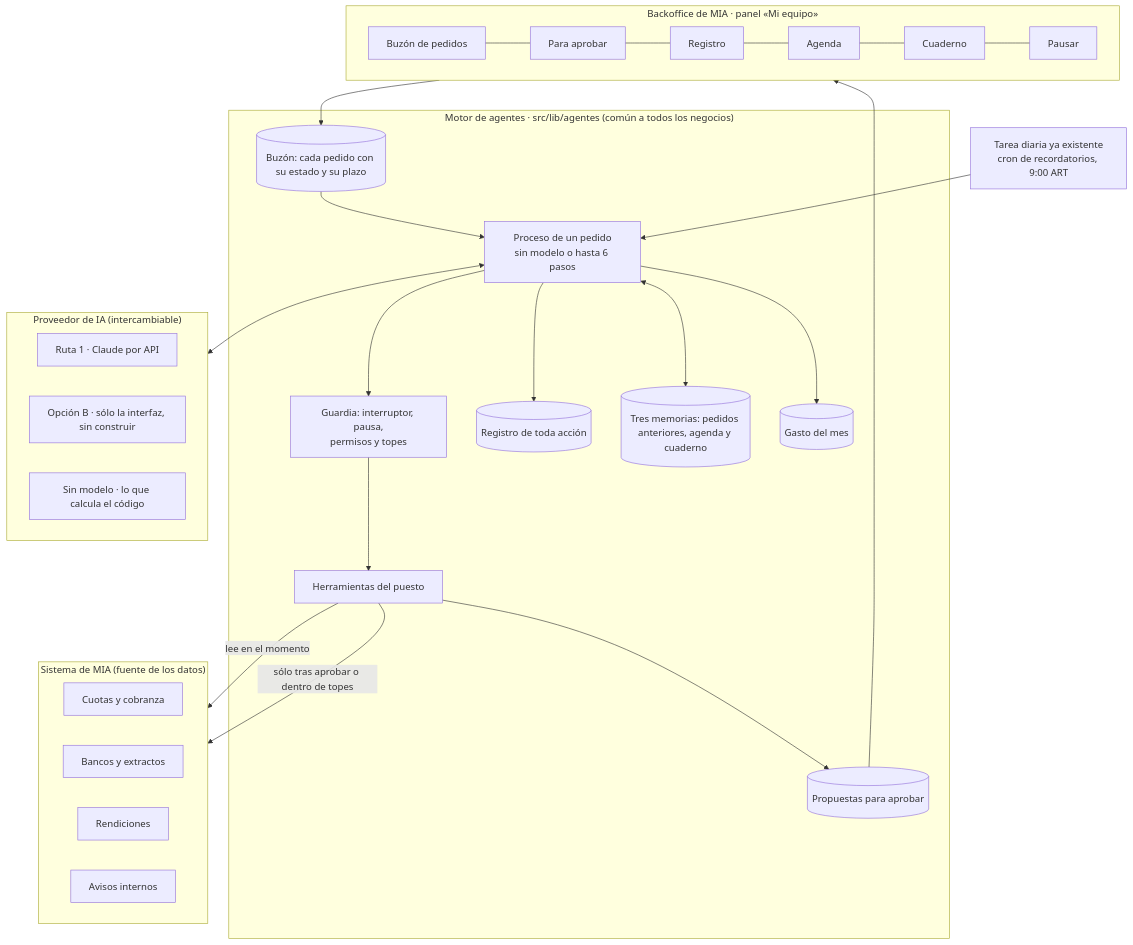
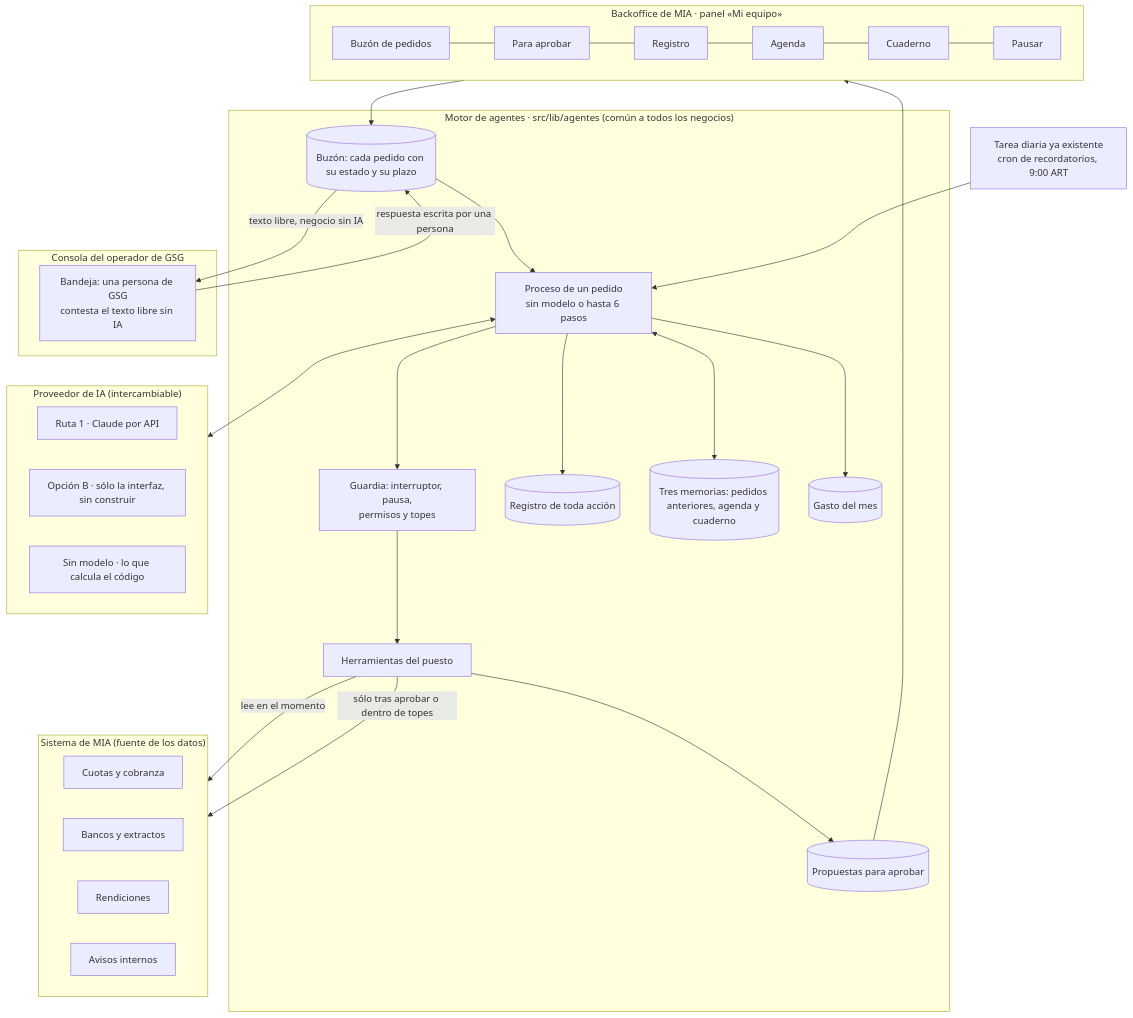
One commit to Gestion-Studio-Grow/ERP changed the first of 4 diagrams in docs/tenants/mia-producciones/agentes/01-solucion-y-flujo.md. Above: the diagram before and after it, drawn with Mermaid. The commit also changed other lines of this file and 4 other files, not shown here.

````diff
--- a/docs/tenants/mia-producciones/agentes/01-solucion-y-flujo.md
+++ b/docs/tenants/mia-producciones/agentes/01-solucion-y-flujo.md
@@ -83,43 +85,49 @@
 ```mermaid
 flowchart TB
   subgraph Panel["Backoffice de MIA · panel «Mi equipo»"]
     P1[Buzón de pedidos] --- P2[Para aprobar] --- P3[Registro] --- P4[Agenda] --- P5[Cuaderno] --- P6[Pausar]
   end
   CRON["Tarea diaria ya existente<br/>cron de recordatorios, 9:00 ART"]
 
   subgraph Motor["Motor de agentes · src/lib/agentes (común a todos los negocios)"]
     B[("Buzón: cada pedido con su estado y su plazo")]
     L["Proceso de un pedido<br/>sin modelo o hasta 6 pasos"]
     G["Guardia: interruptor, pausa,<br/>permisos y topes"]
     H[Herramientas del puesto]
     R[(Registro de toda acción)]
     M[("Tres memorias: pedidos anteriores, agenda y cuaderno")]
     A[(Propuestas para aprobar)]
     C[(Gasto del mes)]
   end
 
+  subgraph GSG["Consola del operador de GSG"]
+    BG["Bandeja: una persona de GSG<br/>contesta el texto libre sin IA"]
+  end
+
   subgraph IA["Proveedor de IA (intercambiable)"]
     I1[Ruta 1 · Claude por API]
     I2[Opción B · sólo la interfaz, sin construir]
     I3[Sin modelo · lo que calcula el código]
   end
 
   subgraph ERP["Sistema de MIA (fuente de los datos)"]
     D1[Cuotas y cobranza]
     D2[Bancos y extractos]
     D3[Rendiciones]
     D4[Avisos internos]
   end
 
   Panel --> B --> L
+  B -- texto libre, negocio sin IA --> BG
+  BG -- respuesta escrita por una persona --> B
   CRON --> L
   L --> G --> H
   H -- lee en el momento --> ERP
   H -- sólo tras aprobar o dentro de topes --> ERP
   L <--> IA
   L --> R
   L <--> M
   H --> A
   L --> C
   A --> Panel
 ```
````
